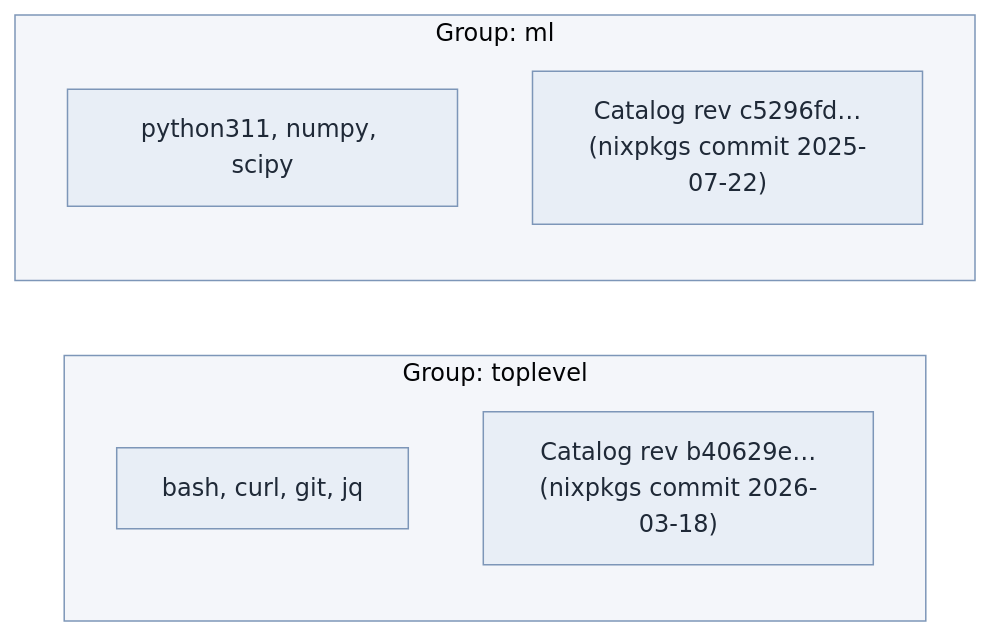
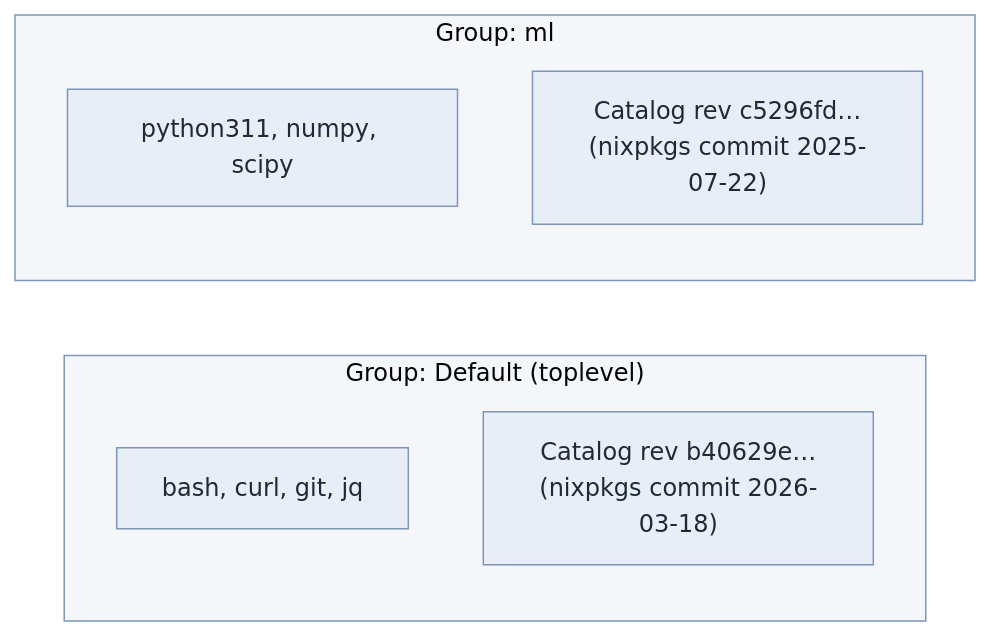
One commit to flox/docs changed the diagram in concepts/package-groups.mdx. Above: the diagram before and after it, drawn with Mermaid. The commit also changed other lines of this file and 2 other files, not shown here.

First line of the commit message:
docs(package-groups): call the default group "Default (`toplevel`)"

````diff
--- a/concepts/package-groups.mdx
+++ b/concepts/package-groups.mdx
@@ -66,14 +66,14 @@
 ```mermaid
 %%{init: {'theme':'base','themeVariables':{'primaryColor':'#e8eef6','primaryBorderColor':'#7d96b8','primaryTextColor':'#1f2937','lineColor':'#7d96b8','clusterBkg':'#f4f6fa','clusterBorder':'#7d96b8','edgeLabelBackground':'#ffffff'}}}%%
 flowchart LR
-  subgraph toplevel ["Group: toplevel"]
+  subgraph toplevel ["Group: Default (toplevel)"]
     direction TB
     tp["bash, curl, git, jq"]
     tr["Catalog rev b40629e…<br/>(nixpkgs commit 2026-03-18)"]
   end
   subgraph ml ["Group: ml"]
     direction TB
     mp["python311, numpy, scipy"]
     mr["Catalog rev c5296fd…<br/>(nixpkgs commit 2025-07-22)"]
   end
 ```
````
